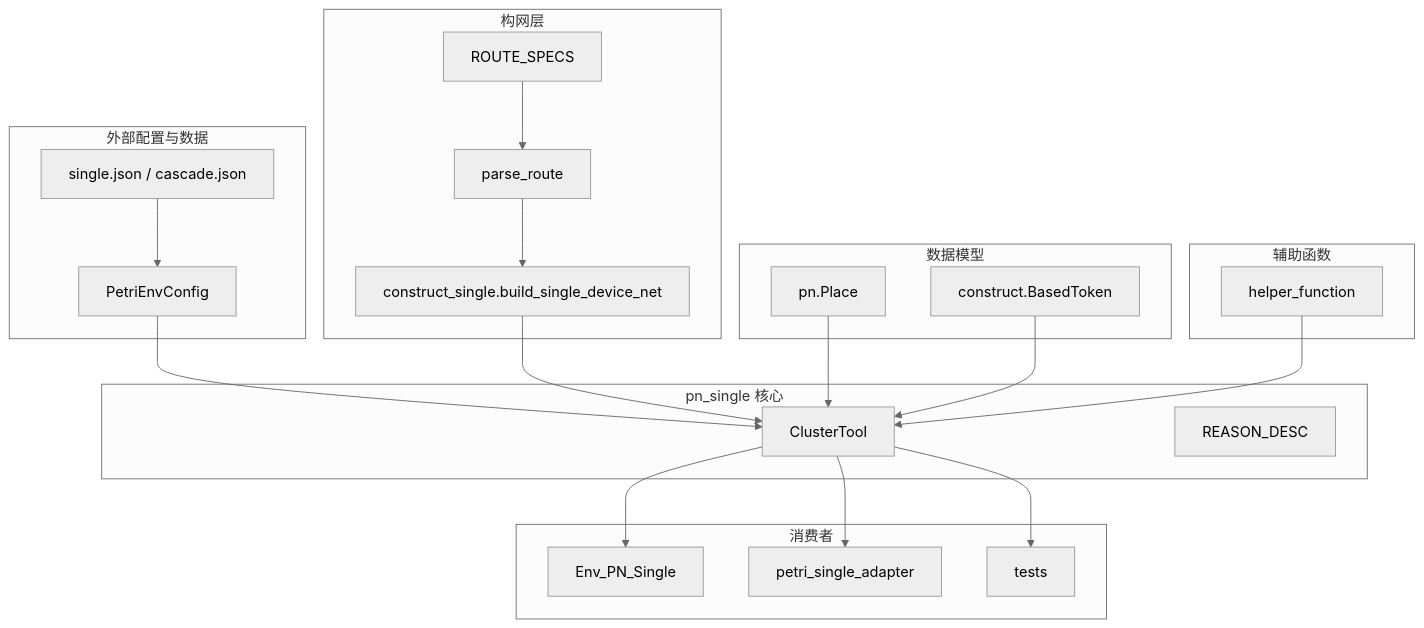
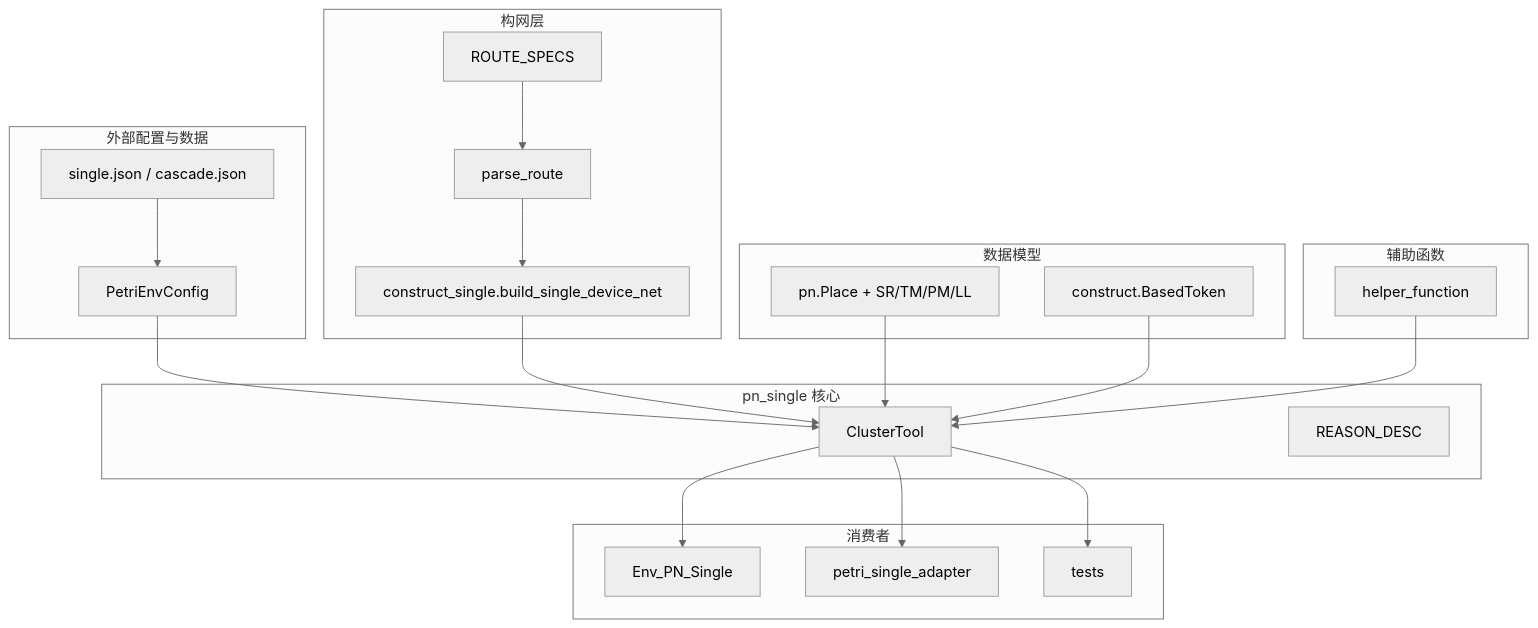
Before and after one commit to Czibor-329/CT: the first of 8 diagrams in docs/架构.md, drawn with Mermaid (neutral theme). The commit also changed other lines of this file and 9 other files, not shown here.

````diff
--- a/docs/架构.md
+++ b/docs/架构.md
@@ -22,45 +22,45 @@
 ```mermaid
 graph TB
     subgraph External [外部配置与数据]
         PetriEnvConfig[PetriEnvConfig]
         single_json[single.json / cascade.json]
     end
 
     subgraph Construct [构网层]
         construct_single[construct_single.build_single_device_net]
         parse_route[parse_route]
         ROUTE_SPECS[ROUTE_SPECS]
     end
 
     subgraph Core [pn_single 核心]
         ClusterTool[ClusterTool]
         REASON_DESC[REASON_DESC]
     end
 
     subgraph DataModel [数据模型]
-        Place[pn.Place]
+        Place[pn.Place + SR/TM/PM/LL]
         BasedToken[construct.BasedToken]
     end
 
     subgraph Helper [辅助函数]
         helper_function[helper_function]
     end
 
     subgraph Consumers [消费者]
         Env_PN_Single[Env_PN_Single]
         petri_adapter[petri_single_adapter]
         tests[tests]
     end
 
     PetriEnvConfig --> ClusterTool
     single_json --> PetriEnvConfig
     construct_single --> ClusterTool
     parse_route --> construct_single
     ROUTE_SPECS --> parse_route
     Place --> ClusterTool
     BasedToken --> ClusterTool
     helper_function --> ClusterTool
     ClusterTool --> Env_PN_Single
     ClusterTool --> petri_adapter
     ClusterTool --> tests
 ```
````
